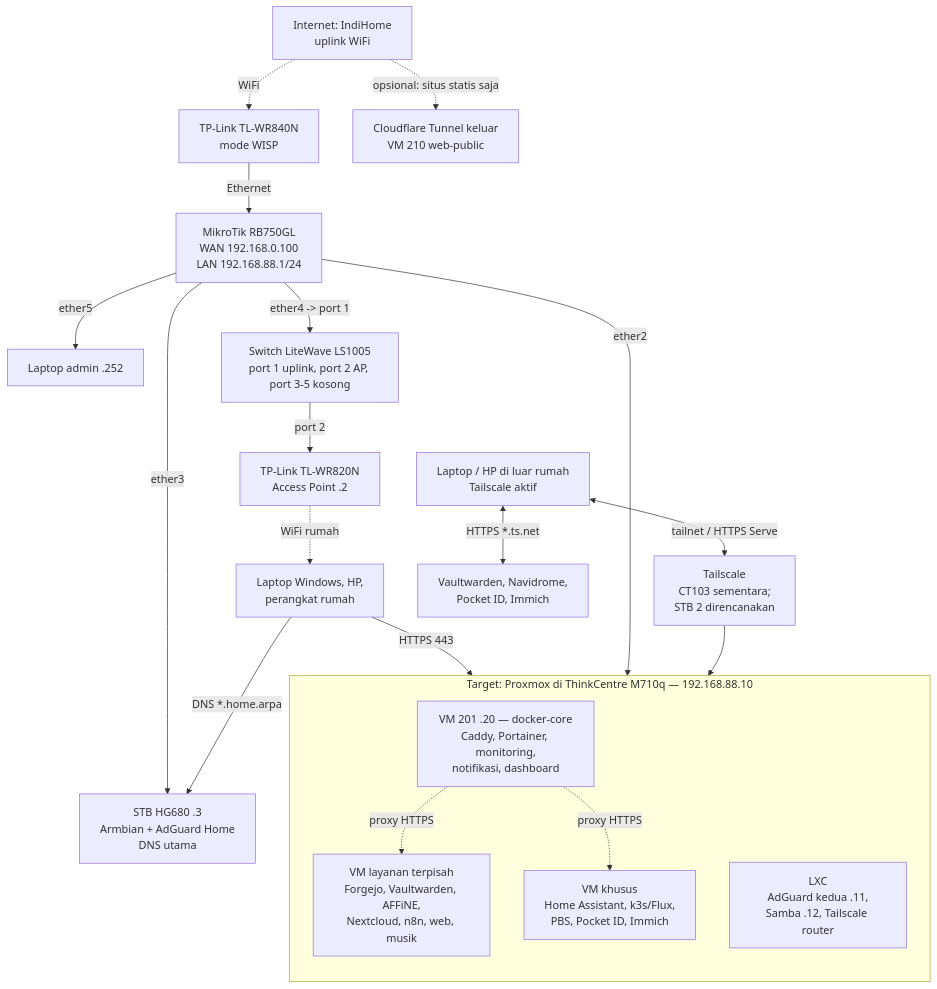
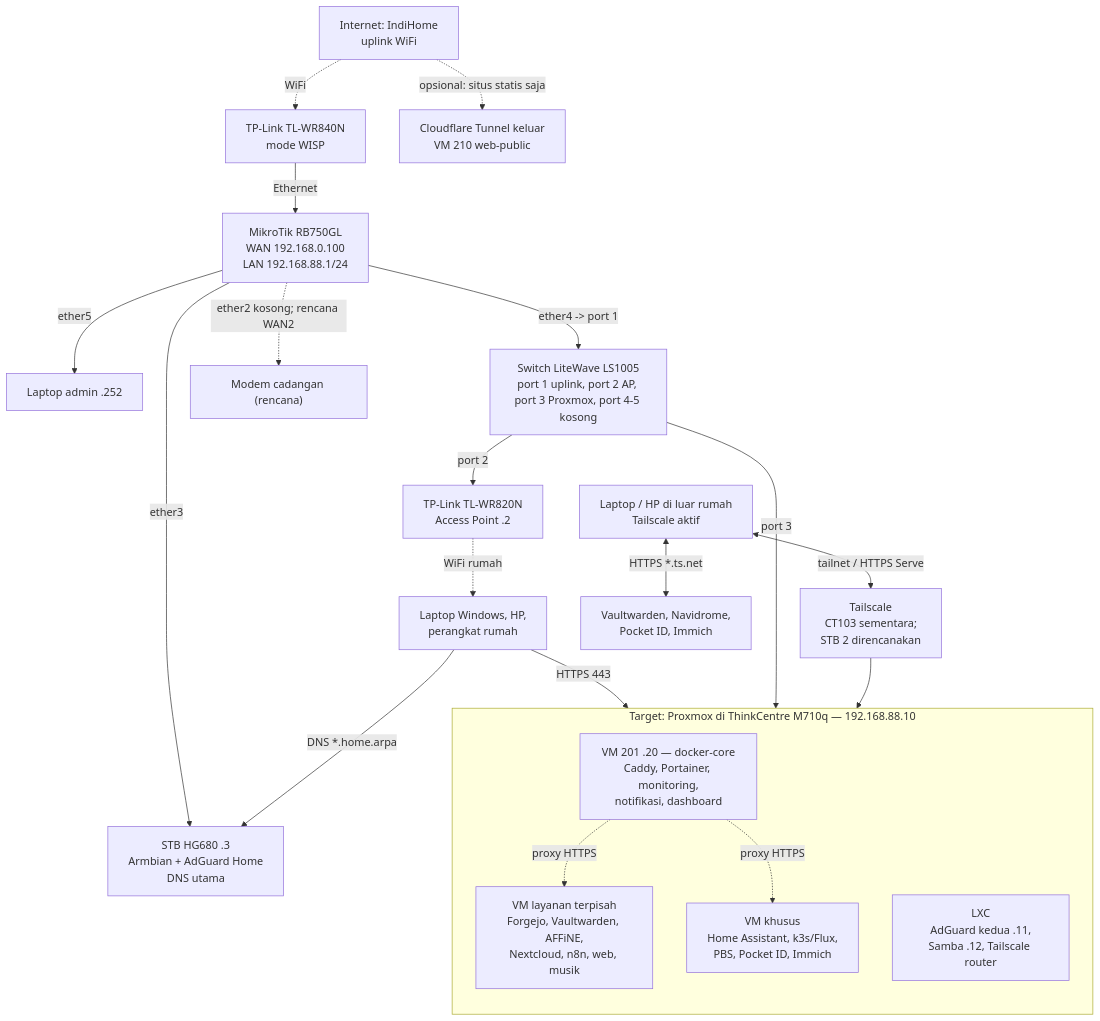
The diagram in README.md (midnightcodeprotocol-corporation/home-server-lab), drawn with Mermaid before and after one commit. The commit also changed other lines of this file and 10 other files, not shown here.

````diff
--- a/README.md
+++ b/README.md
@@ -25,28 +25,29 @@
 ```mermaid
 flowchart TB
   Internet["Internet: IndiHome<br/>uplink WiFi"] -. WiFi .-> WISP["TP-Link TL-WR840N<br/>mode WISP"]
   WISP -->|"Ethernet"| MT["MikroTik RB750GL<br/>WAN 192.168.0.100<br/>LAN 192.168.88.1/24"]
   MT -->|"ether5"| Admin["Laptop admin .252"]
   AP -. WiFi rumah .-> Clients["Laptop Windows, HP,<br/>perangkat rumah"]
-  MT -->|"ether4 -> port 1"| Switch["Switch LiteWave LS1005<br/>port 1 uplink, port 2 AP, port 3-5 kosong"]
+  MT -->|"ether4 -> port 1"| Switch["Switch LiteWave LS1005<br/>port 1 uplink, port 2 AP, port 3 Proxmox, port 4-5 kosong"]
   MT -->|"ether3"| STB1["STB HG680 .3<br/>Armbian + AdGuard Home<br/>DNS utama"]
-  MT -->|"ether2"| PVE
+  MT -.->|"ether2 kosong; rencana WAN2"| Modem2["Modem cadangan (rencana)"]
   Switch -->|"port 2"| AP["TP-Link TL-WR820N<br/>Access Point .2"]
+  Switch -->|"port 3"| PVE
 
   subgraph PVE["Target: Proxmox di ThinkCentre M710q — 192.168.88.10"]
     direction TB
     Core["VM 201 .20 — docker-core<br/>Caddy, Portainer, monitoring,<br/>notifikasi, dashboard"]
     Apps["VM layanan terpisah<br/>Forgejo, Vaultwarden, AFFiNE,<br/>Nextcloud, n8n, web, musik"]
     Special["VM khusus<br/>Home Assistant, k3s/Flux,<br/>PBS, Pocket ID, Immich"]
     LXC["LXC<br/>AdGuard kedua .11,<br/>Samba .12, Tailscale router"]
     Core -. proxy HTTPS .-> Apps
     Core -. proxy HTTPS .-> Special
   end
 
   Clients -->|"DNS *.home.arpa"| STB1
   Clients -->|"HTTPS 443"| Core
   Remote["Laptop / HP di luar rumah<br/>Tailscale aktif"] <-->|"tailnet / HTTPS Serve"| TS["Tailscale<br/>CT103 sementara;<br/>STB 2 direncanakan"]
   TS --> PVE
   Remote <-->|"HTTPS *.ts.net"| Private["Vaultwarden, Navidrome,<br/>Pocket ID, Immich"]
   Internet -. "opsional: situs statis saja" .-> CF["Cloudflare Tunnel keluar<br/>VM 210 web-public"]
 ```
````
